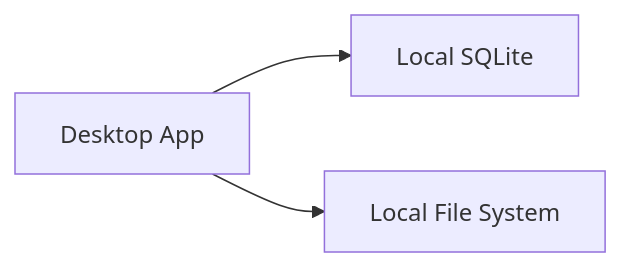
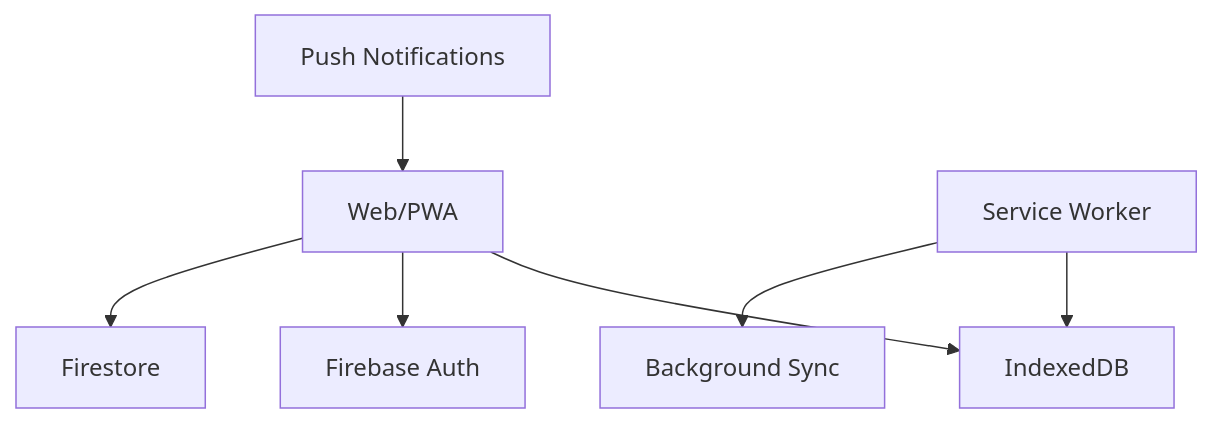
One commit to rumankazi/zenoter changed the second of 4 diagrams in docs/development/architecture.md. Above: the diagram before and after it, drawn with Mermaid. The commit also changed other lines of this file and 12 other files, not shown here.

````diff
--- a/docs/development/architecture.md
+++ b/docs/development/architecture.md
@@ -39,5 +86,9 @@
 ```mermaid
-graph LR
-    A[Desktop App] --> B[Local SQLite]
-    A --> C[Local File System]
+graph TD
+    A[Web/PWA] --> B[IndexedDB]
+    A --> C[Firebase Auth]
+    A --> D[Firestore]
+    E[Service Worker] --> B
+    E --> F[Background Sync]
+    G[Push Notifications] --> A
 ```
````
